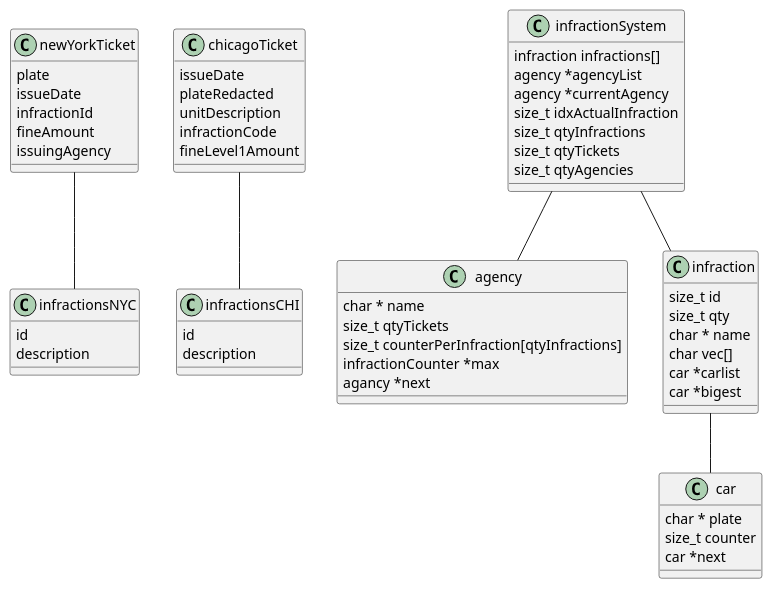
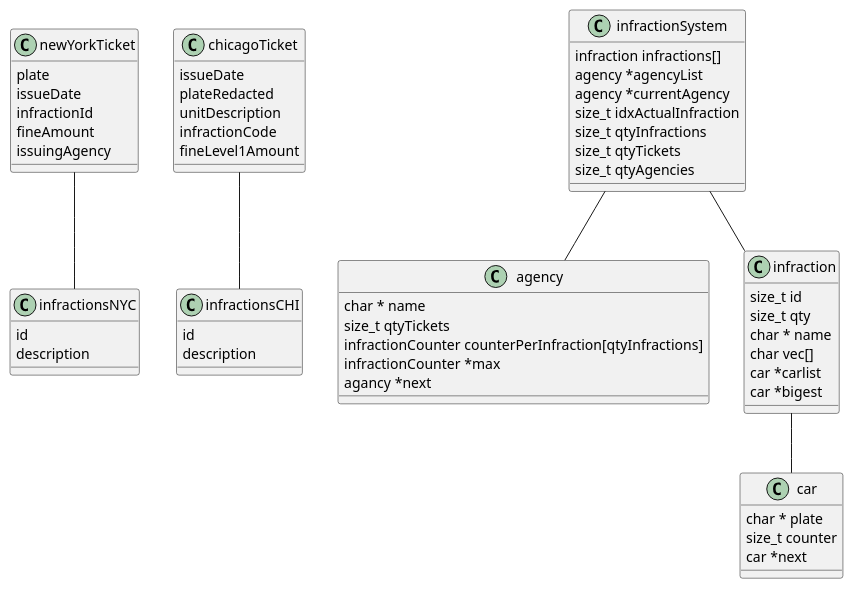
The diagram in structure_objects.puml (AugustoOspal/Proyecto_Final_PI), drawn with PlantUML before and after one commit. The commit also changed 32 other files, not shown here.

```diff
--- a/structure_objects.puml
+++ b/structure_objects.puml
@@ -1,79 +1,77 @@
 @startuml
 
 class newYorkTicket
 {
     plate
     issueDate
     infractionId
     fineAmount
     issuingAgency
 }
 
 class infractionsNYC
 {
     id
     description
 }
 
 class chicagoTicket
 {
     issueDate
     plateRedacted
     unitDescription
     infractionCode
     fineLevel1Amount
 }
 
 class infractionsCHI
 {
     id
     description
 }
 
 newYorkTicket -- infractionsNYC
 chicagoTicket -- infractionsCHI
 
-' Ideas
 class car
 {
     char * plate
     size_t counter
     car *next
 }
 
 class agency
 {
     char * name
-    'vector of positions for tickets in city
     size_t qtyTickets
-    size_t counterPerInfraction[qtyInfractions]
+    infractionCounter counterPerInfraction[qtyInfractions]
     infractionCounter *max
     agancy *next
 }
 
 class infraction
 {
     size_t id
     size_t qty
     char * name
     char vec[]
     car *carlist
     car *bigest
 }
 
 class infractionSystem
 {
     infraction infractions[]
     agency *agencyList
     agency *currentAgency
     size_t idxActualInfraction
     size_t qtyInfractions
     size_t qtyTickets
     size_t qtyAgencies
 }
 
 infractionSystem -- agency
 infractionSystem -- infraction
 infraction -- car
 
 @enduml
```
